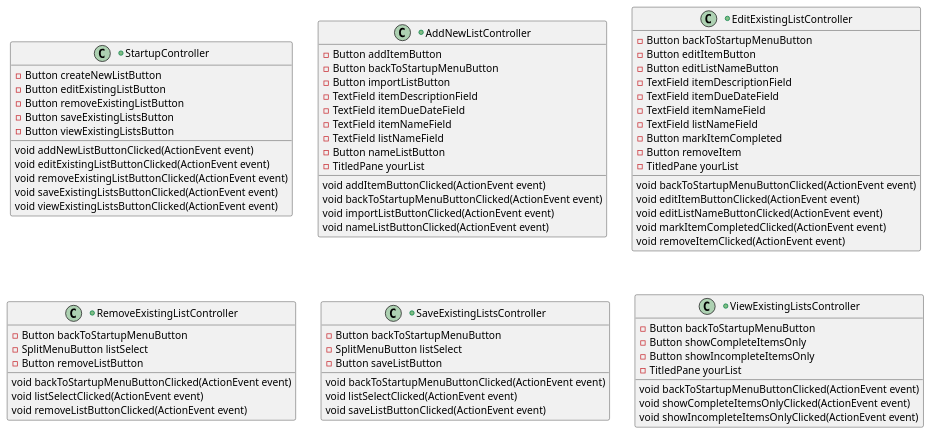
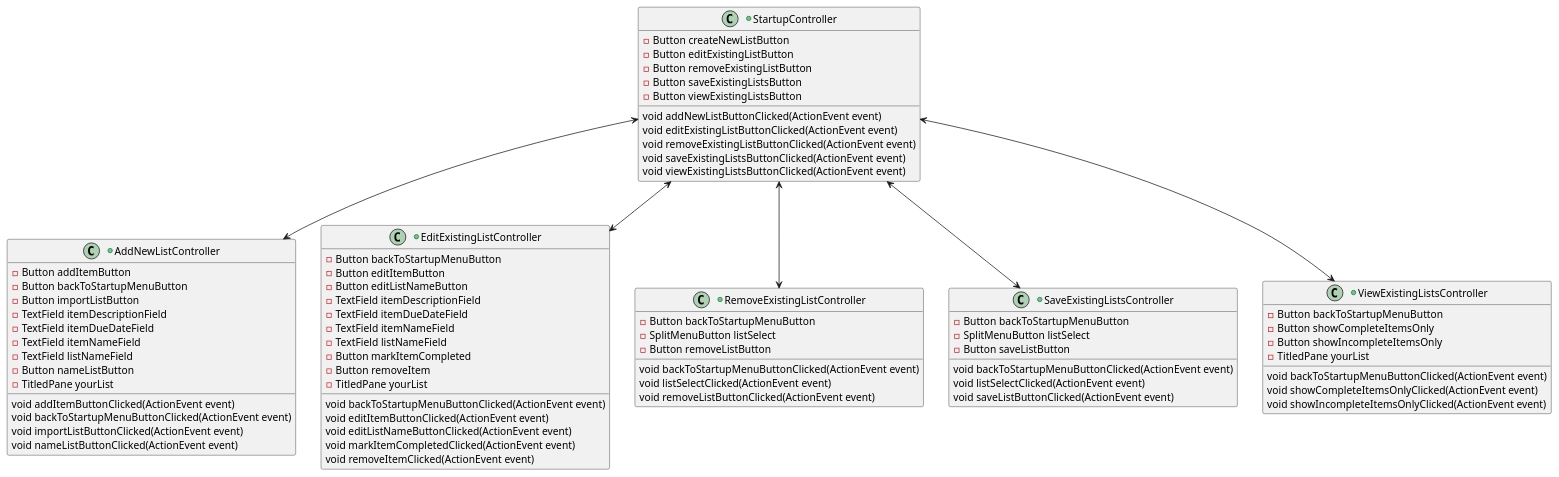
One commit to RachelCameron/cameron-cop3330-assignment4 changed the diagram in uml/ClassDiagram.puml. Above: the diagram before and after it, drawn with PlantUML.

Commit message:
PlantUML Diagram

```diff
--- a/uml/ClassDiagram.puml
+++ b/uml/ClassDiagram.puml
@@ -1,78 +1,84 @@
 @startuml
 
 +class StartupController{
 -Button createNewListButton
 -Button editExistingListButton
 -Button removeExistingListButton
 -Button saveExistingListsButton
 -Button viewExistingListsButton
 void addNewListButtonClicked(ActionEvent event)
 void editExistingListButtonClicked(ActionEvent event)
 void removeExistingListButtonClicked(ActionEvent event)
 void saveExistingListsButtonClicked(ActionEvent event)
 void viewExistingListsButtonClicked(ActionEvent event)
 }
 
 +class AddNewListController{
 -Button addItemButton
 -Button backToStartupMenuButton
 -Button importListButton
 -TextField itemDescriptionField
 -TextField itemDueDateField
 -TextField itemNameField
 -TextField listNameField
 -Button nameListButton
 -TitledPane yourList
 void addItemButtonClicked(ActionEvent event)
 void backToStartupMenuButtonClicked(ActionEvent event)
 void importListButtonClicked(ActionEvent event)
 void nameListButtonClicked(ActionEvent event)
 }
 
 +class EditExistingListController{
 -Button backToStartupMenuButton
 -Button editItemButton
 -Button editListNameButton
 -TextField itemDescriptionField
 -TextField itemDueDateField
 -TextField itemNameField
 -TextField listNameField
 -Button markItemCompleted
 -Button removeItem
 -TitledPane yourList
 void backToStartupMenuButtonClicked(ActionEvent event)
 void editItemButtonClicked(ActionEvent event)
 void editListNameButtonClicked(ActionEvent event)
 void markItemCompletedClicked(ActionEvent event)
 void removeItemClicked(ActionEvent event)
 }
 
 +class RemoveExistingListController{
 -Button backToStartupMenuButton
 -SplitMenuButton listSelect
 -Button removeListButton
 void backToStartupMenuButtonClicked(ActionEvent event)
 void listSelectClicked(ActionEvent event)
 void removeListButtonClicked(ActionEvent event)
 }
 
 +class SaveExistingListsController{
 -Button backToStartupMenuButton
 -SplitMenuButton listSelect
 -Button saveListButton
 void backToStartupMenuButtonClicked(ActionEvent event)
 void listSelectClicked(ActionEvent event)
 void saveListButtonClicked(ActionEvent event)
 }
 
 +class ViewExistingListsController{
 -Button backToStartupMenuButton
 -Button showCompleteItemsOnly
 -Button showIncompleteItemsOnly
 -TitledPane yourList
 void backToStartupMenuButtonClicked(ActionEvent event)
 void showCompleteItemsOnlyClicked(ActionEvent event)
 void showIncompleteItemsOnlyClicked(ActionEvent event)
 }
 
+StartupController<-->AddNewListController
+StartupController<-->EditExistingListController
+StartupController<-->RemoveExistingListController
+StartupController<-->SaveExistingListsController
+StartupController<-->ViewExistingListsController
+
 @enduml
```
